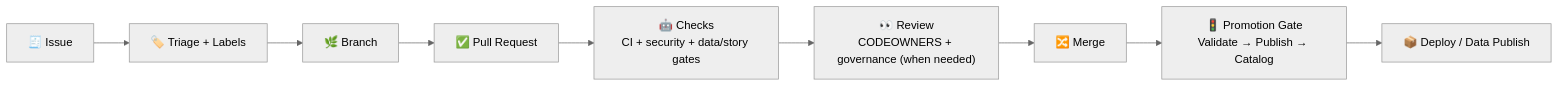
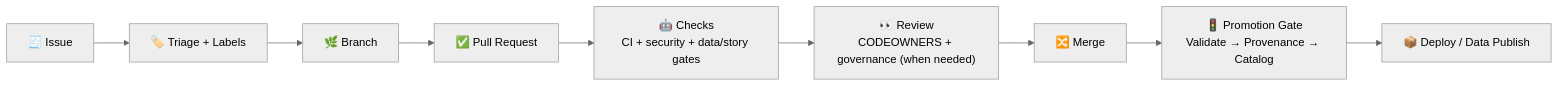
One commit to bartytime4life/Kansas-Frontier-Matrix changed the second of 3 diagrams in .github/README.md. Above: the diagram before and after it, drawn with Mermaid (neutral theme). The commit also changed other lines of this file, not shown here.

````diff
--- a/.github/README.md
+++ b/.github/README.md
@@ -181,11 +200,11 @@
 ```mermaid
 flowchart LR
   I["🧾 Issue"] --> T["🏷️ Triage + Labels"]
   T --> B["🌿 Branch"]
   B --> P["✅ Pull Request"]
   P --> C["🤖 Checks<br/>CI + security + data/story gates"]
   C --> R["👀 Review<br/>CODEOWNERS + governance (when needed)"]
   R --> M["🔀 Merge"]
-  M --> G["🚦 Promotion Gate<br/>Validate → Publish → Catalog"]
+  M --> G["🚦 Promotion Gate<br/>Validate → Provenance → Catalog"]
   G --> D["📦 Deploy / Data Publish"]
 ```
````
